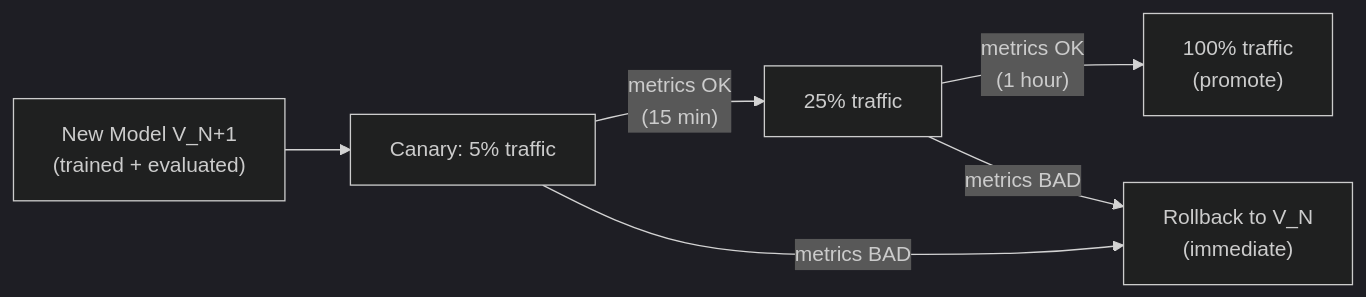
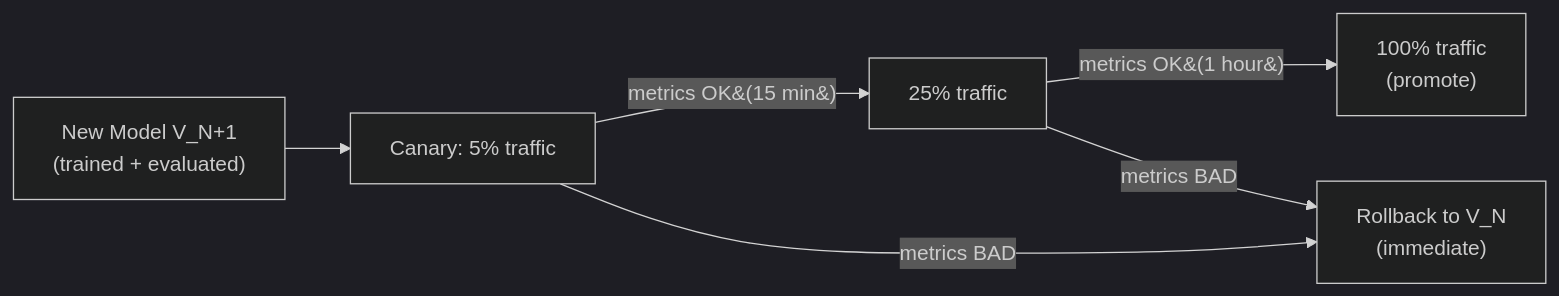
One commit to hsoni92/ml-workbook changed the second of 3 diagrams in bits-pilani/trimester-3/notes/machine-learning-model-engineering/week-13/13-failure-scenarios-and-resilience-strategies-transcript.md. Above: the diagram before and after it, drawn with Mermaid (dark theme). The commit also changed 59 other files, not shown here.

````diff
--- a/bits-pilani/trimester-3/notes/machine-learning-model-engineering/week-13/13-failure-scenarios-and-resilience-strategies-transcript.md
+++ b/bits-pilani/trimester-3/notes/machine-learning-model-engineering/week-13/13-failure-scenarios-and-resilience-strategies-transcript.md
@@ -74,8 +74,8 @@
 ```mermaid
 flowchart LR
     TRAIN["New Model V_N+1\n(trained + evaluated)"] --> CANARY["Canary: 5% traffic"]
-    CANARY -->|"metrics OK\n(15 min)"| PARTIAL["25% traffic"]
-    PARTIAL -->|"metrics OK\n(1 hour)"| FULL["100% traffic\n(promote)"]
-    CANARY -->|"metrics BAD"| ROLLBACK["Rollback to V_N\n(immediate)"]
-    PARTIAL -->|"metrics BAD"| ROLLBACK
+    CANARY -->|metrics OK&#40;15 min&#41;| PARTIAL["25% traffic"]
+    PARTIAL -->|metrics OK&#40;1 hour&#41;| FULL["100% traffic\n(promote)"]
+    CANARY -->|metrics BAD| ROLLBACK["Rollback to V_N\n(immediate)"]
+    PARTIAL -->|metrics BAD| ROLLBACK
 ```
````
